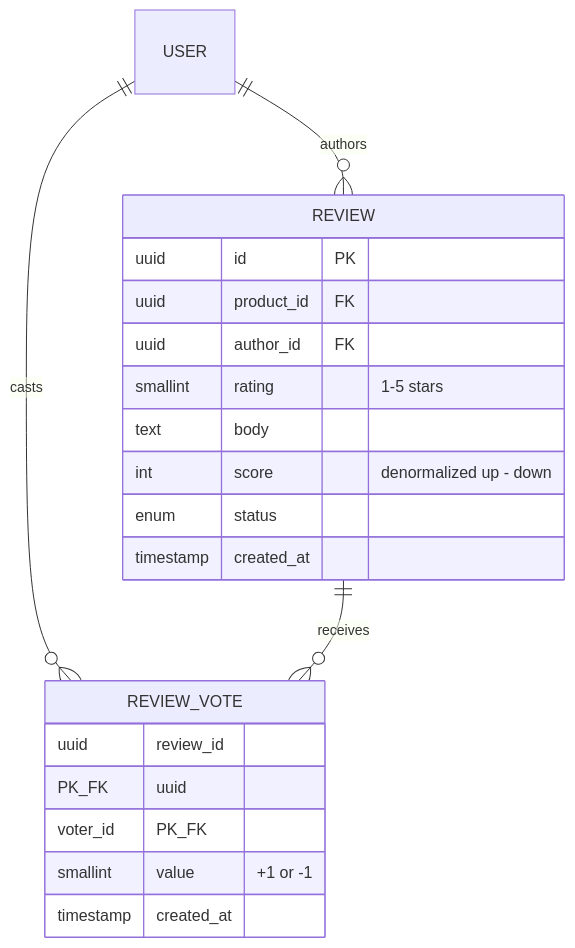
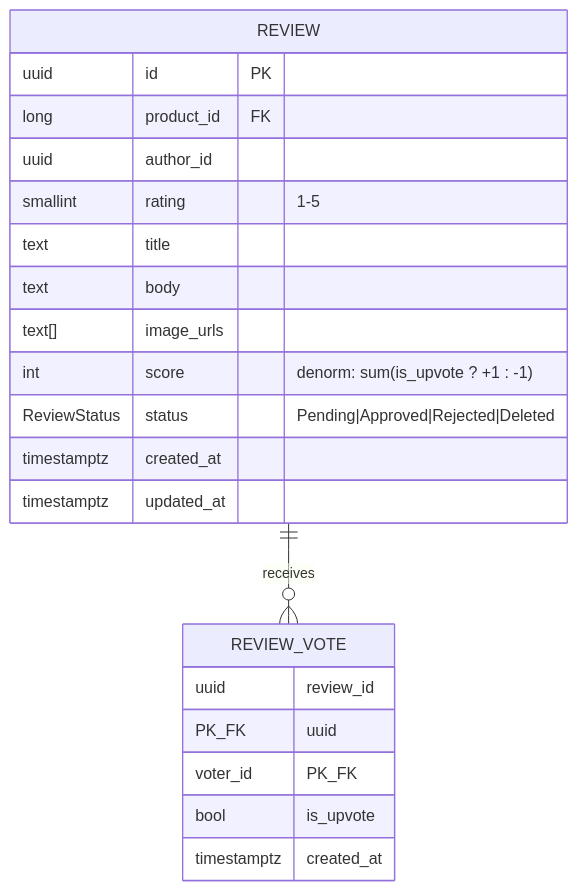
One commit to KaliCZ/reviews changed the tenth of 12 diagrams in docs/flows.md. Above: the diagram before and after it, drawn with Mermaid. The commit also changed other lines of this file and 1 other file, not shown here.

First line of the commit message:
Rewrite docs/flows.md to match current behavior; add 5 missing flows

````diff
--- a/docs/flows.md
+++ b/docs/flows.md
@@ -146,23 +326,23 @@
 ```mermaid
 erDiagram
-    USER ||--o{ REVIEW : authors
-    USER ||--o{ REVIEW_VOTE : casts
     REVIEW ||--o{ REVIEW_VOTE : receives
-
     REVIEW {
         uuid id PK
-        uuid product_id FK
-        uuid author_id FK
-        smallint rating "1-5 stars"
+        long product_id FK
+        uuid author_id
+        smallint rating "1-5"
+        text title
         text body
-        int score "denormalized up - down"
-        enum status
-        timestamp created_at
+        text[] image_urls
+        int score "denorm: sum(is_upvote ? +1 : -1)"
+        ReviewStatus status "Pending|Approved|Rejected|Deleted"
+        timestamptz created_at
+        timestamptz updated_at
     }
     REVIEW_VOTE {
         uuid review_id PK_FK
         uuid voter_id PK_FK
-        smallint value "+1 or -1"
-        timestamp created_at
+        bool is_upvote
+        timestamptz created_at
     }
 ```
````
